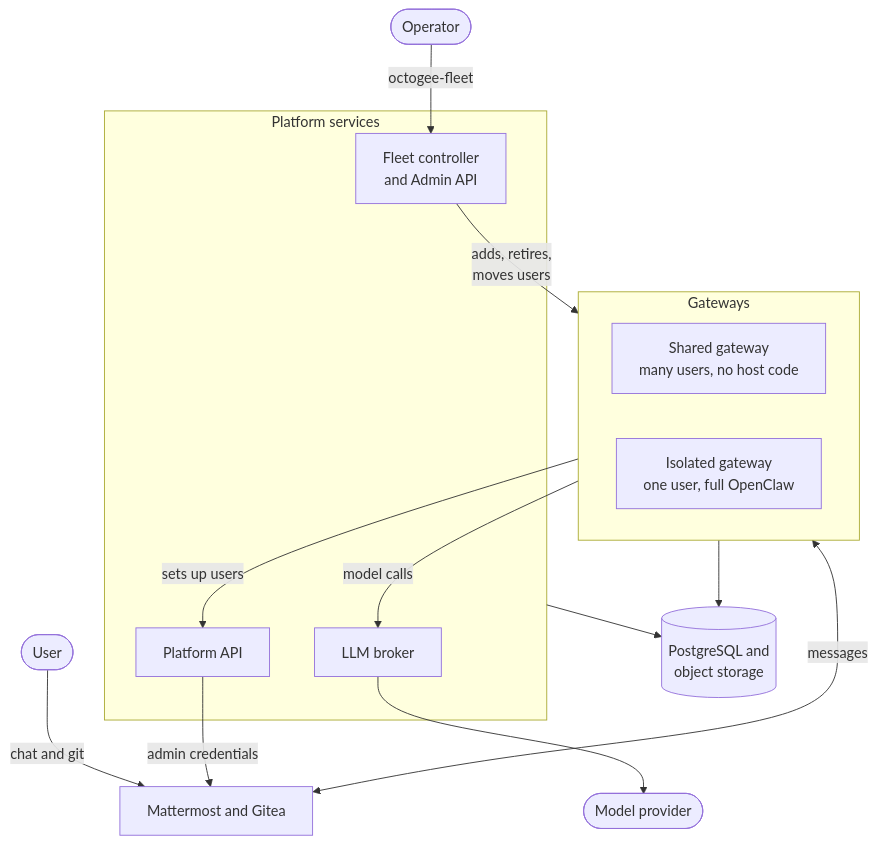
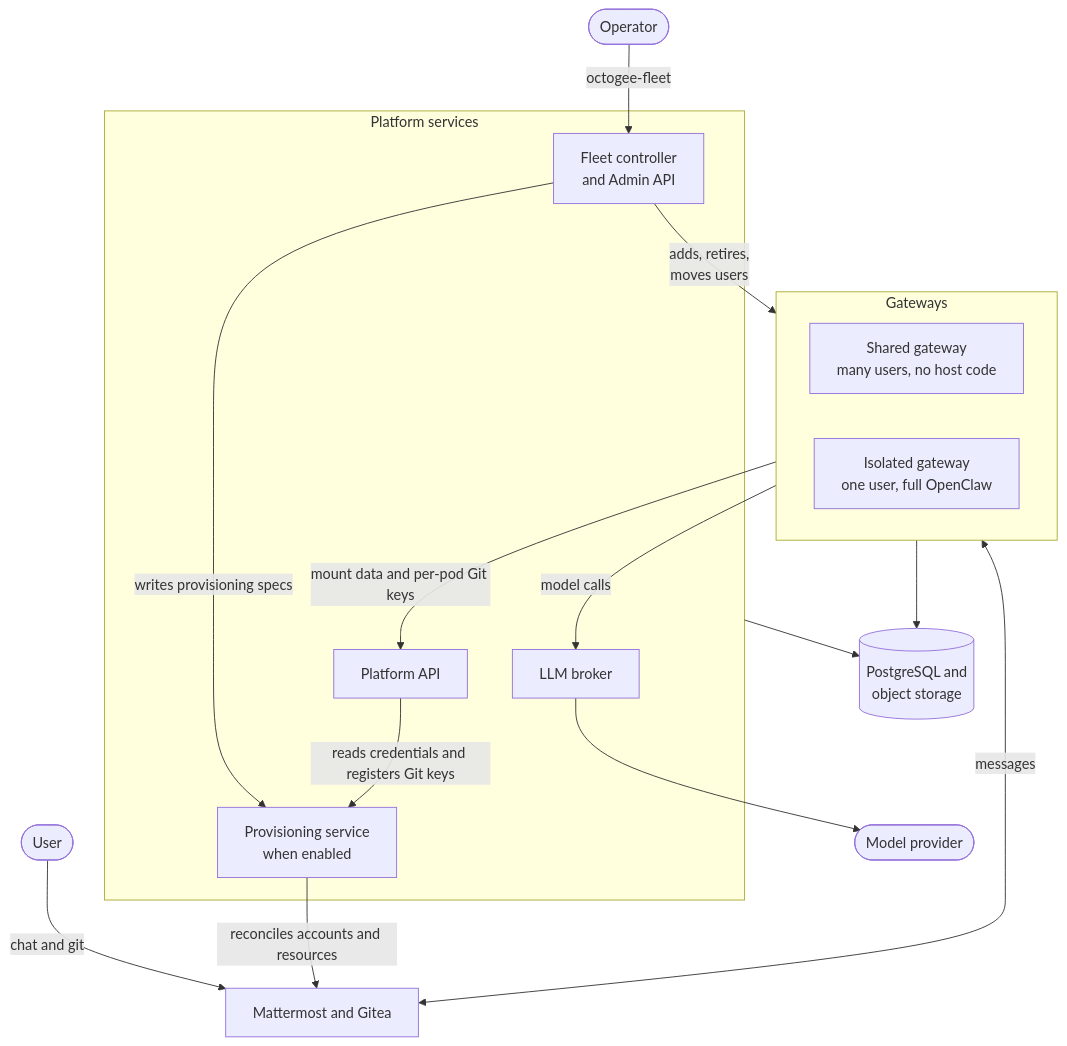
The first of 5 diagrams in README.md (octogee-ai/octogee-cloud), drawn with Mermaid before and after one commit. The commit also changed other lines of this file and 12 other files, not shown here.

````diff
--- a/README.md
+++ b/README.md
@@ -30,32 +30,35 @@
 ```mermaid
 flowchart TB
   operator([Operator])
   user([User])
   provider([Model provider])
 
   subgraph services[Platform services]
     controller[Fleet controller<br/>and Admin API]
     api[Platform API]
+    provisioning[Provisioning service<br/>when enabled]
     broker[LLM broker]
   end
 
   hosts[Mattermost and Gitea]
 
   subgraph gateways[Gateways]
     shared[Shared gateway<br/>many users, no host code]
     isolated[Isolated gateway<br/>one user, full OpenClaw]
   end
 
   state[(PostgreSQL and<br/>object storage)]
 
   operator -->|octogee-fleet| controller
   user -->|chat and git| hosts
   controller -->|adds, retires,<br/>moves users| gateways
   hosts <-->|messages| gateways
-  gateways -->|sets up users| api
-  api -->|admin credentials| hosts
+  gateways -->|mount data and per-pod Git keys| api
+  controller -->|writes provisioning specs| provisioning
+  api -->|reads credentials and registers Git keys| provisioning
+  provisioning -->|reconciles accounts and resources| hosts
   gateways -->|model calls| broker
   broker --> provider
   services --> state
   gateways --> state
 ```
````
